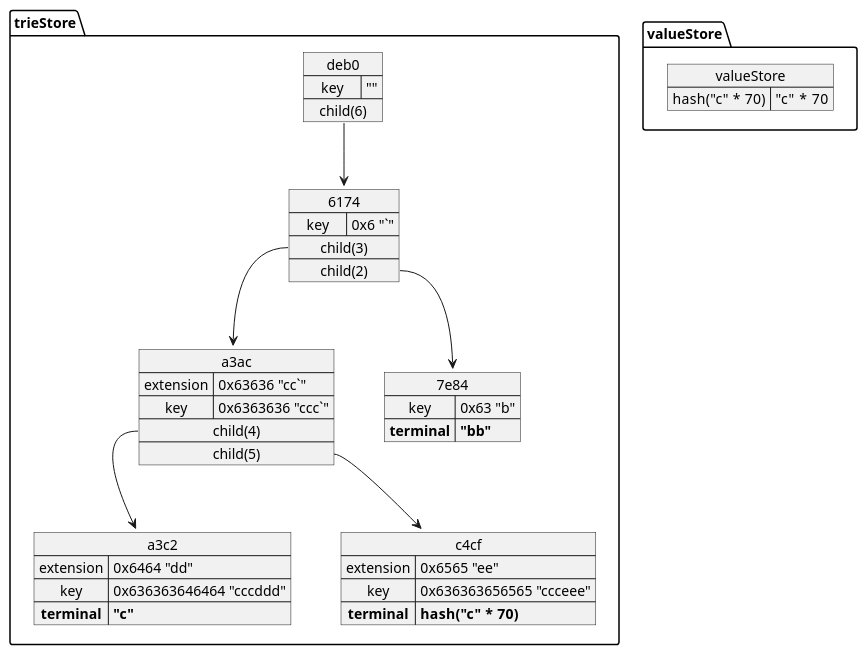
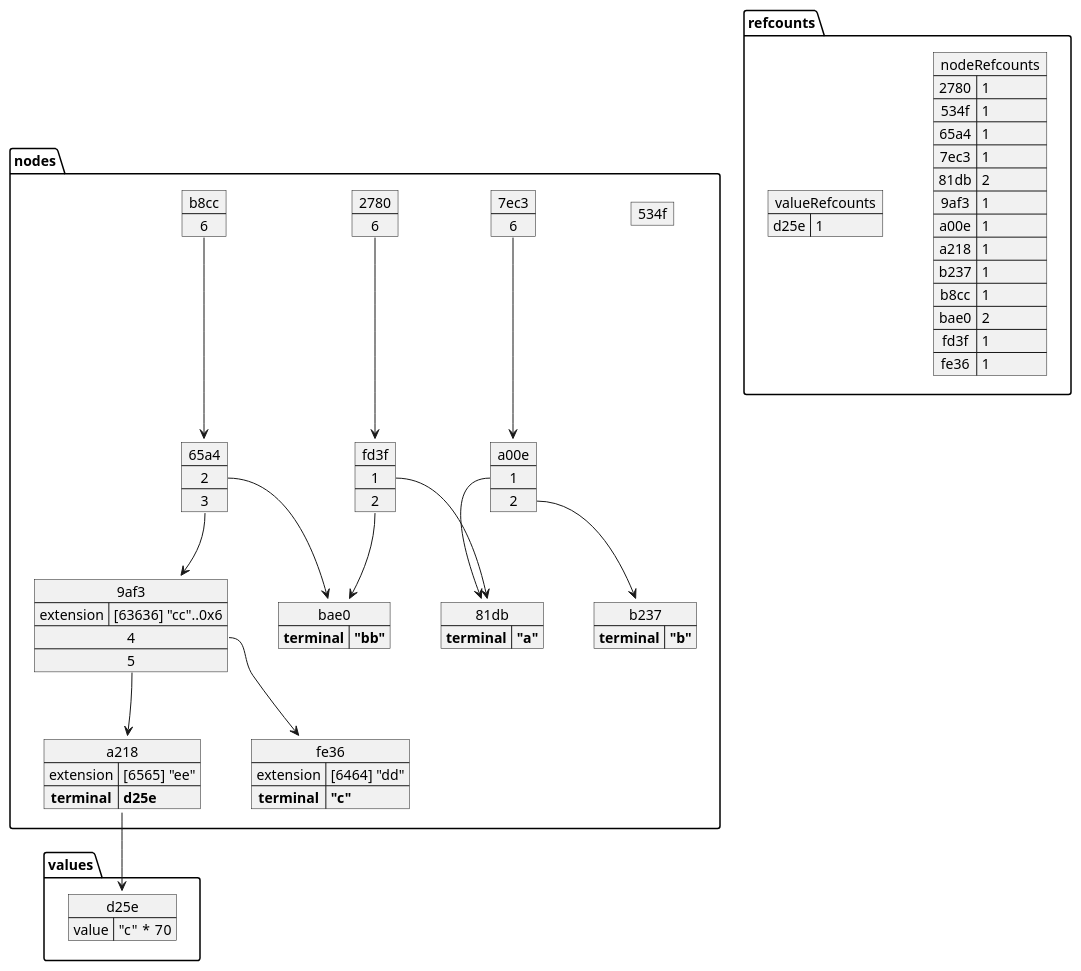
The diagram in packages/trie/doc/example.puml (iotaledger/wasp), drawn with PlantUML before and after one commit. The commit also changed 2 other files, not shown here.

Commit message:
update trie doc

```diff
--- a/packages/trie/doc/example.puml
+++ b/packages/trie/doc/example.puml
@@ -1,39 +1,85 @@
 @startuml
 top to bottom direction
-package trieStore {
-	map a3c2 {
-		extension => 0x6464 "dd"
-			key => 0x636363646464 "cccddd"
-			**terminal** => **"c"**
-	}
-	map c4cf {
-		extension => 0x6565 "ee"
-			key => 0x636363656565 "ccceee"
-			**terminal** => **hash("c" *  70)**
-	}
-	map a3ac {
-		extension => 0x63636 "cc`"
-			key => 0x6363636 "ccc`"
-			child(4) *--> a3c2
-			child(5) *--> c4cf
-	}
-	map 7e84 {
-		key => 0x63 "b"
-			**terminal** => **"bb"**
-	}
-	map 6174 {
-		key => 0x6 "`"
-			child(3) *--> a3ac
-			child(2) *--> 7e84
-	}
-	map deb0 {
-		key => ""
-			child(6) *--> 6174
-	}
+
+package values {
+    map d25e {
+        value => "c" *  70
+    }
 }
-package valueStore {
-	map valueStore {
-		hash("c" *  70) => "c" *  70
-	}
+
+package nodes {
+    map 534f {
+    }
+
+    map b237 {
+        **terminal** => **"b"**
+    }
+    map 81db {
+        **terminal** => **"a"**
+    }
+    map a00e {
+        1 *--> 81db
+        2 *--> b237
+    }
+    map 7ec3 {
+        6 *--> a00e
+    }
+
+    map bae0 {
+        **terminal** => **"bb"**
+    }
+    map fd3f {
+        1 *--> 81db
+        2 *--> bae0
+    }
+    map 2780 {
+        6 *--> fd3f
+    }
+
+    map fe36 {
+        extension => [6464] "dd"
+        **terminal** => **"c"**
+    }
+    map a218 {
+        extension => [6565] "ee"
+        **terminal** => **d25e**
+    }
+
+    map 9af3 {
+        extension => [63636] "cc"..0x6
+        4 *--> fe36
+        5 *--> a218
+    }
+    map 65a4 {
+        2 *--> bae0
+        3 *--> 9af3
+    }
+    map b8cc {
+        6 *--> 65a4
+    }
 }
+
+package refcounts {
+    map nodeRefcounts {
+        2780 => 1
+        534f => 1
+        65a4 => 1
+        7ec3 => 1
+        81db => 2
+        9af3 => 1
+        a00e => 1
+        a218 => 1
+        b237 => 1
+        b8cc => 1
+        bae0 => 2
+        fd3f => 1
+        fe36 => 1
+    }
+
+    map valueRefcounts {
+        d25e => 1
+    }
+}
+
+a218::terminal --> d25e
 @enduml
```
